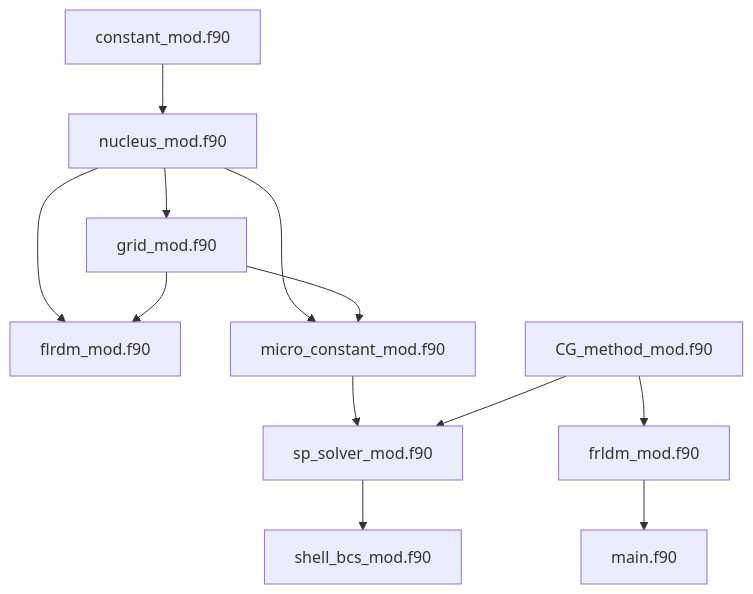
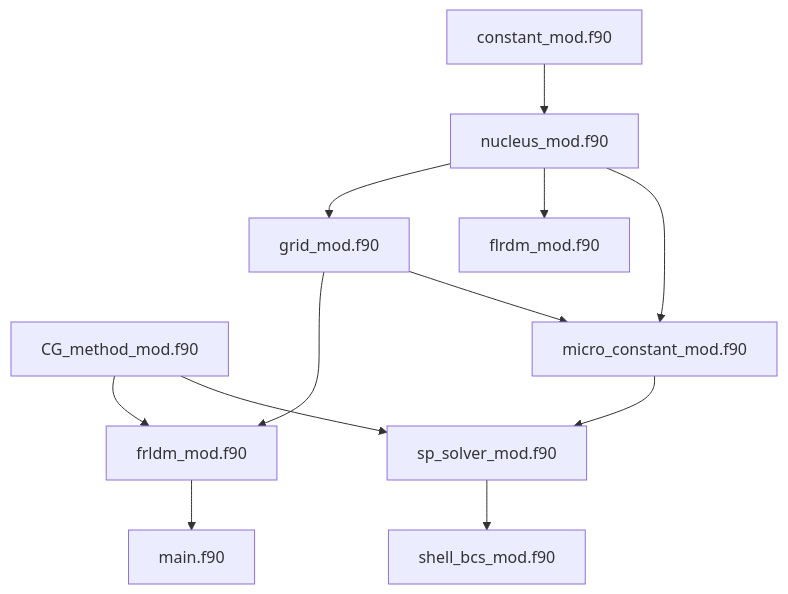
Before and after one commit to tanamarugithuber/Microscopic-Macroscopic-: the diagram in README.md, drawn with Mermaid.

````diff
--- a/README.md
+++ b/README.md
@@ -11,16 +11,16 @@
 ```mermaid
 graph TD;
     constant_mod.f90-->nucleus_mod.f90;
     nucleus_mod.f90-->grid_mod.f90;
     nucleus_mod.f90-->flrdm_mod.f90;
-    grid_mod.f90-->flrdm_mod.f90;
+    grid_mod.f90-->frldm_mod.f90;
     CG_method_mod.f90-->frldm_mod.f90;
     nucleus_mod.f90-->micro_constant_mod.f90;
     grid_mod.f90-->micro_constant_mod.f90;
     micro_constant_mod.f90-->sp_solver_mod.f90
     CG_method_mod.f90-->sp_solver_mod.f90
     sp_solver_mod.f90-->shell_bcs_mod.f90
     frldm_mod.f90-->main.f90
     shell_bcs_mod.f90
 
 ```
````
